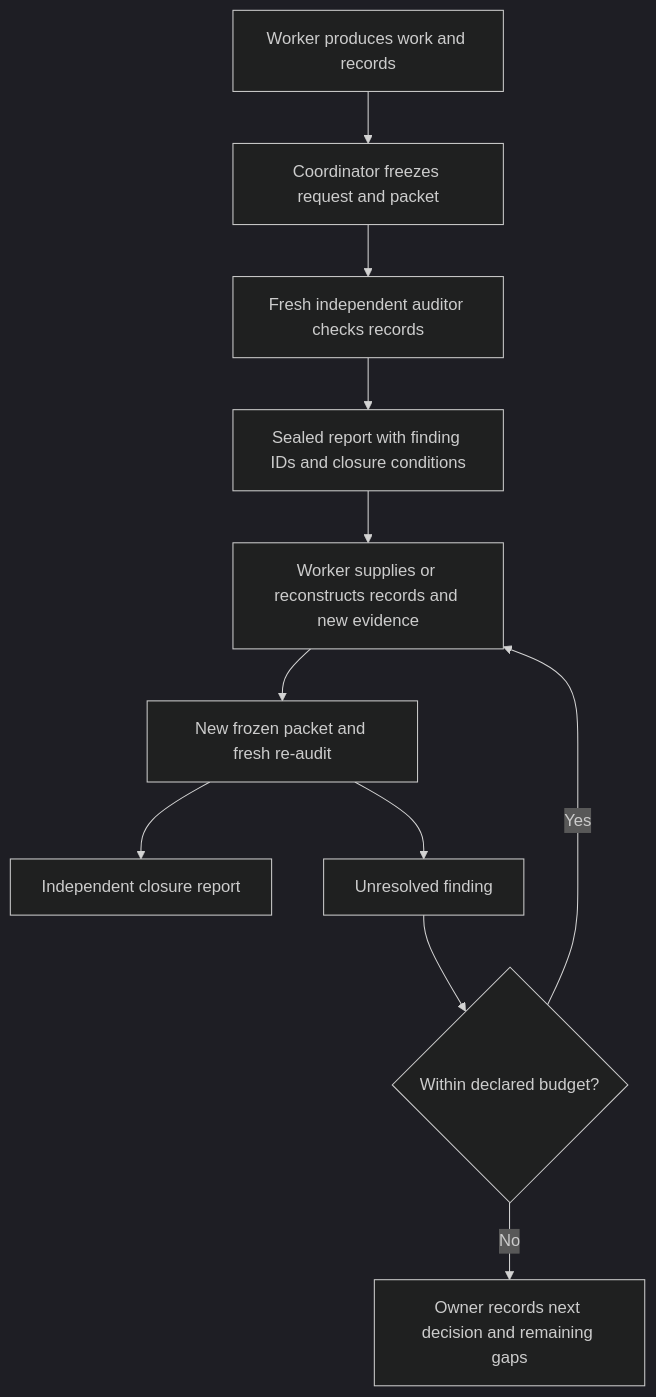
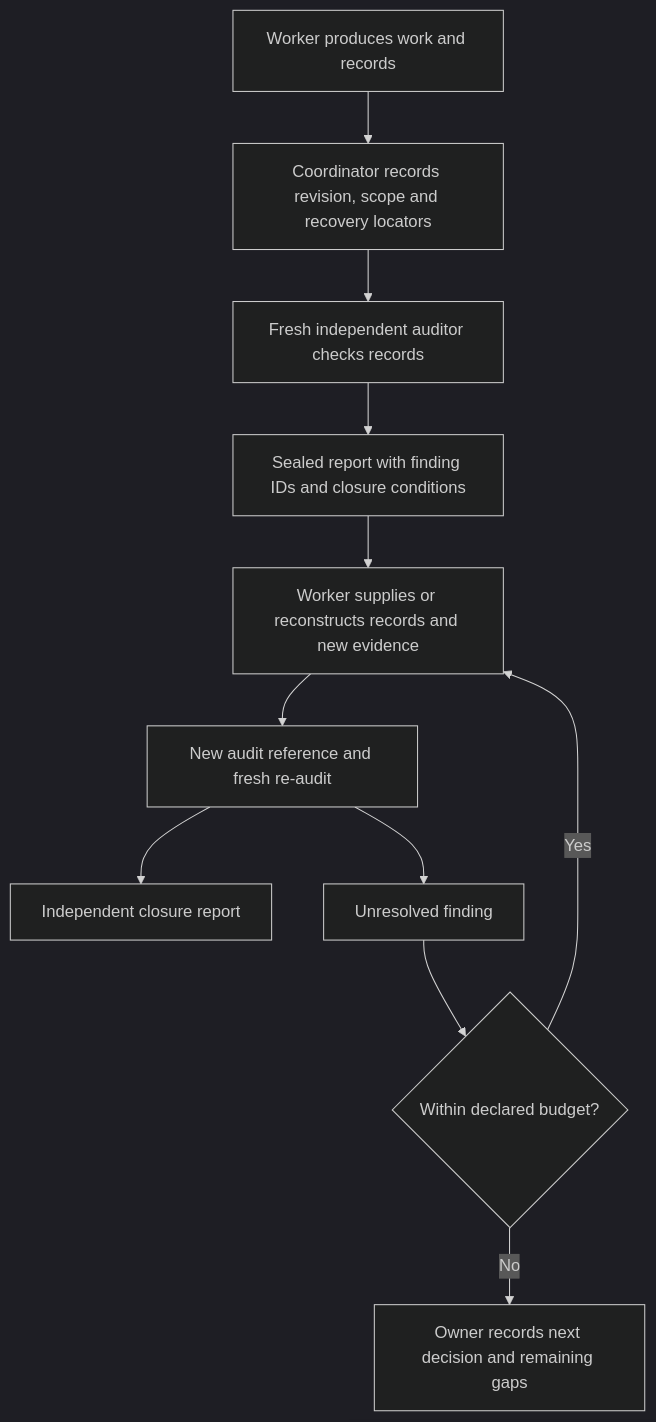
Before and after one commit to SonicField/verifiable-practice: the diagram in docs/independent-record-audit.md, drawn with Mermaid (dark theme). The commit also changed other lines of this file and 27 other files, not shown here.

Commit message:
Replace preservation metaphors with recoverable revisions and audit references; record minimal D checks

````diff
--- a/docs/independent-record-audit.md
+++ b/docs/independent-record-audit.md
@@ -45,13 +45,13 @@
 ```mermaid
 flowchart TD
-    Work[Worker produces work and records] --> Packet[Coordinator freezes request and packet]
-    Packet --> Audit[Fresh independent auditor checks records]
+    Work[Worker produces work and records] --> Reference[Coordinator records revision, scope and recovery locators]
+    Reference --> Audit[Fresh independent auditor checks records]
     Audit --> Report[Sealed report with finding IDs and closure conditions]
     Report --> Response[Worker supplies or reconstructs records and new evidence]
-    Response --> Next[New frozen packet and fresh re-audit]
+    Response --> Next[New audit reference and fresh re-audit]
     Next --> Closed[Independent closure report]
     Next --> Unresolved[Unresolved finding]
     Unresolved --> Budget{Within declared budget?}
     Budget -->|Yes| Response
     Budget -->|No| Owner[Owner records next decision and remaining gaps]
 ```
````
